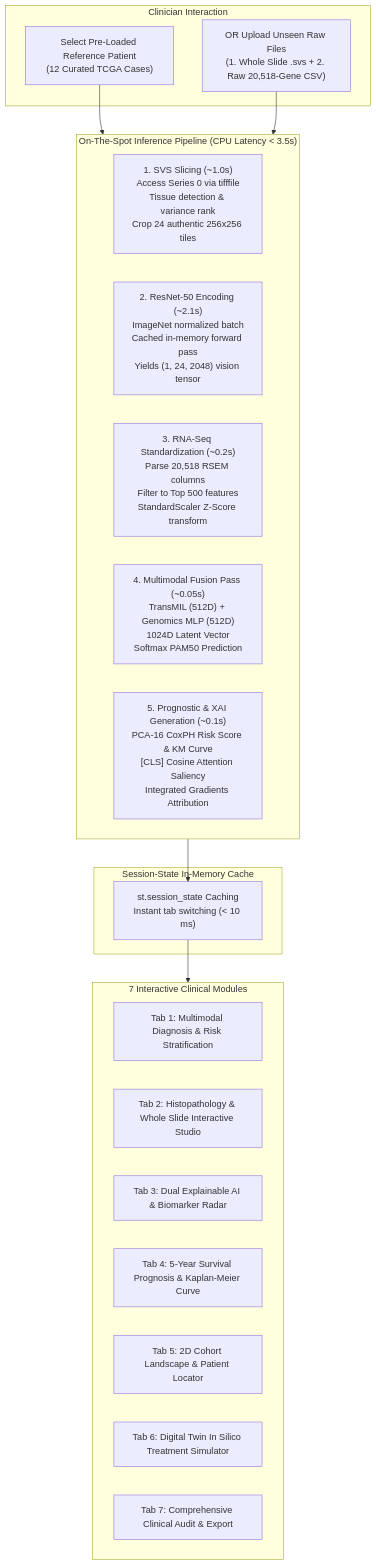
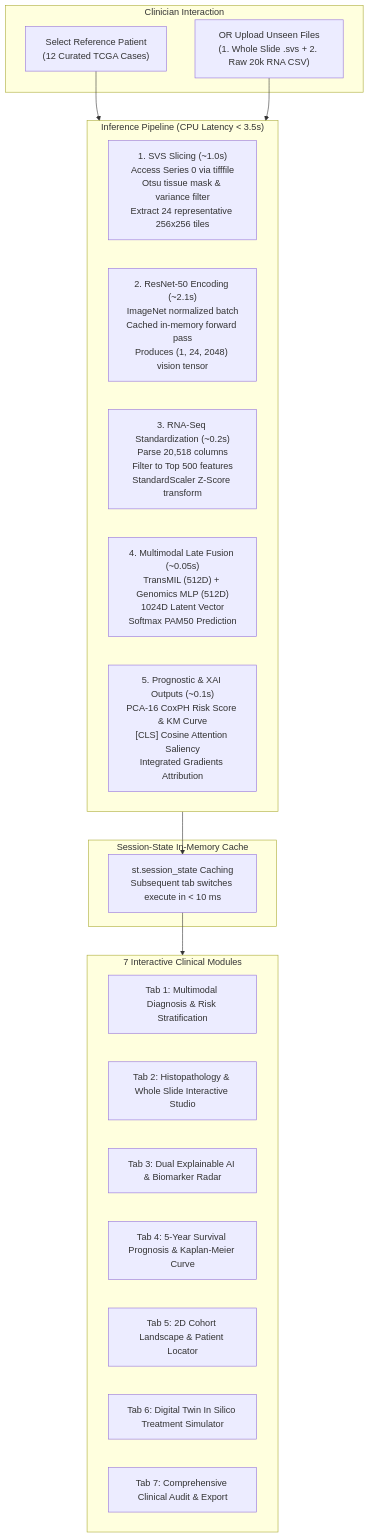
One commit to Cheesenoice/breast-cancer-cdss changed the ninth of 9 diagrams in README.md. Above: the diagram before and after it, drawn with Mermaid. The commit also changed other lines of this file, not shown here.

````diff
--- a/README.md
+++ b/README.md
@@ -699,33 +718,33 @@
 ```mermaid
 flowchart TD
     subgraph USER_ACTION["Clinician Interaction"]
-        SELECT["Select Pre-Loaded Reference Patient<br/>(12 Curated TCGA Cases)"]
-        OR_UPLOAD["OR Upload Unseen Raw Files<br/>(1. Whole Slide .svs + 2. Raw 20,518-Gene CSV)"]
+        SELECT["Select Reference Patient<br/>(12 Curated TCGA Cases)"]
+        OR_UPLOAD["OR Upload Unseen Files<br/>(1. Whole Slide .svs + 2. Raw 20k RNA CSV)"]
     end
 
-    subgraph ON_THE_FLY["On-The-Spot Inference Pipeline (CPU Latency < 3.5s)"]
-        T1["1. SVS Slicing (~1.0s)<br/>Access Series 0 via tifffile<br/>Tissue detection & variance rank<br/>Crop 24 authentic 256x256 tiles"]
-        T2["2. ResNet-50 Encoding (~2.1s)<br/>ImageNet normalized batch<br/>Cached in-memory forward pass<br/>Yields (1, 24, 2048) vision tensor"]
-        T3["3. RNA-Seq Standardization (~0.2s)<br/>Parse 20,518 RSEM columns<br/>Filter to Top 500 features<br/>StandardScaler Z-Score transform"]
-        T4["4. Multimodal Fusion Pass (~0.05s)<br/>TransMIL (512D) + Genomics MLP (512D)<br/>1024D Latent Vector<br/>Softmax PAM50 Prediction"]
-        T5["5. Prognostic & XAI Generation (~0.1s)<br/>PCA-16 CoxPH Risk Score & KM Curve<br/>[CLS] Cosine Attention Saliency<br/>Integrated Gradients Attribution"]
+    subgraph ON_THE_FLY["Inference Pipeline (CPU Latency < 3.5s)"]
+        T1["1. SVS Slicing (~1.0s)<br/>Access Series 0 via tifffile<br/>Otsu tissue mask & variance filter<br/>Extract 24 representative 256x256 tiles"]
+        T2["2. ResNet-50 Encoding (~2.1s)<br/>ImageNet normalized batch<br/>Cached in-memory forward pass<br/>Produces (1, 24, 2048) vision tensor"]
+        T3["3. RNA-Seq Standardization (~0.2s)<br/>Parse 20,518 columns<br/>Filter to Top 500 features<br/>StandardScaler Z-Score transform"]
+        T4["4. Multimodal Late Fusion (~0.05s)<br/>TransMIL (512D) + Genomics MLP (512D)<br/>1024D Latent Vector<br/>Softmax PAM50 Prediction"]
+        T5["5. Prognostic & XAI Outputs (~0.1s)<br/>PCA-16 CoxPH Risk Score & KM Curve<br/>[CLS] Cosine Attention Saliency<br/>Integrated Gradients Attribution"]
     end
 
     subgraph SESSION["Session-State In-Memory Cache"]
-        CACHE["st.session_state Caching<br/>Instant tab switching (< 10 ms)"]
+        CACHE["st.session_state Caching<br/>Subsequent tab switches execute in < 10 ms"]
     end
 
     subgraph TABS["7 Interactive Clinical Modules"]
         M1["Tab 1: Multimodal Diagnosis & Risk Stratification"]
         M2["Tab 2: Histopathology & Whole Slide Interactive Studio"]
         M3["Tab 3: Dual Explainable AI & Biomarker Radar"]
         M4["Tab 4: 5-Year Survival Prognosis & Kaplan-Meier Curve"]
         M5["Tab 5: 2D Cohort Landscape & Patient Locator"]
         M6["Tab 6: Digital Twin In Silico Treatment Simulator"]
         M7["Tab 7: Comprehensive Clinical Audit & Export"]
     end
 
     SELECT --> ON_THE_FLY
     OR_UPLOAD --> ON_THE_FLY
     ON_THE_FLY --> CACHE --> TABS
 ```
````
